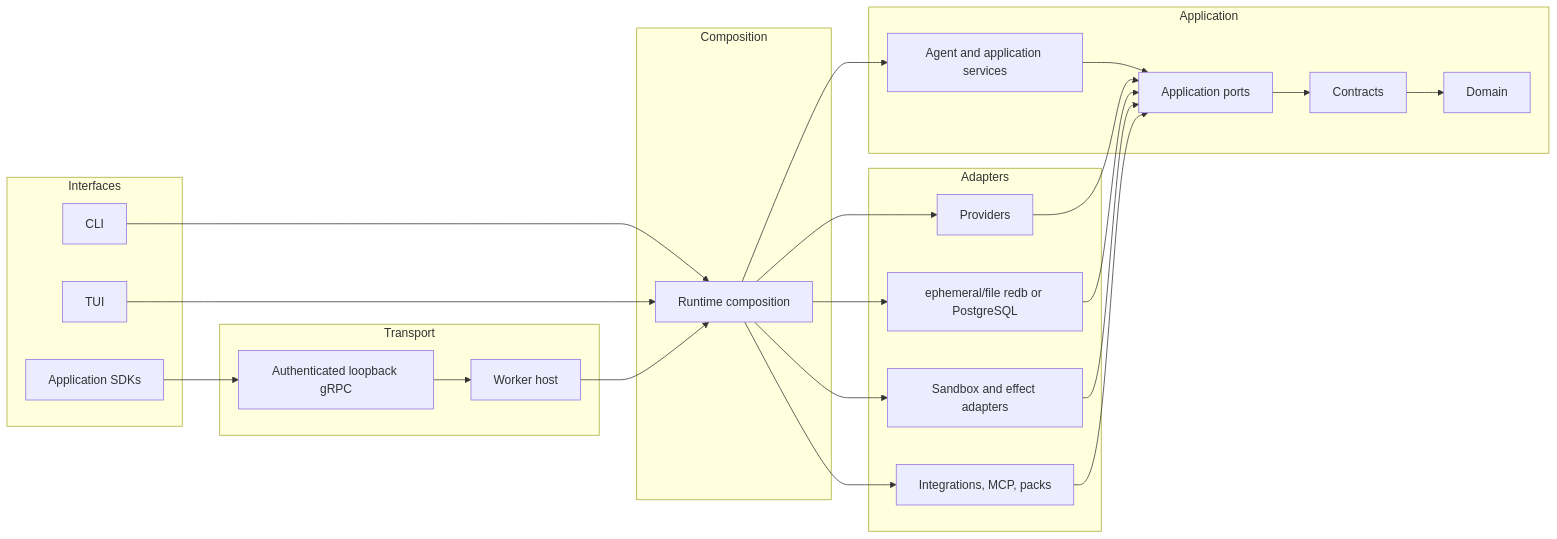
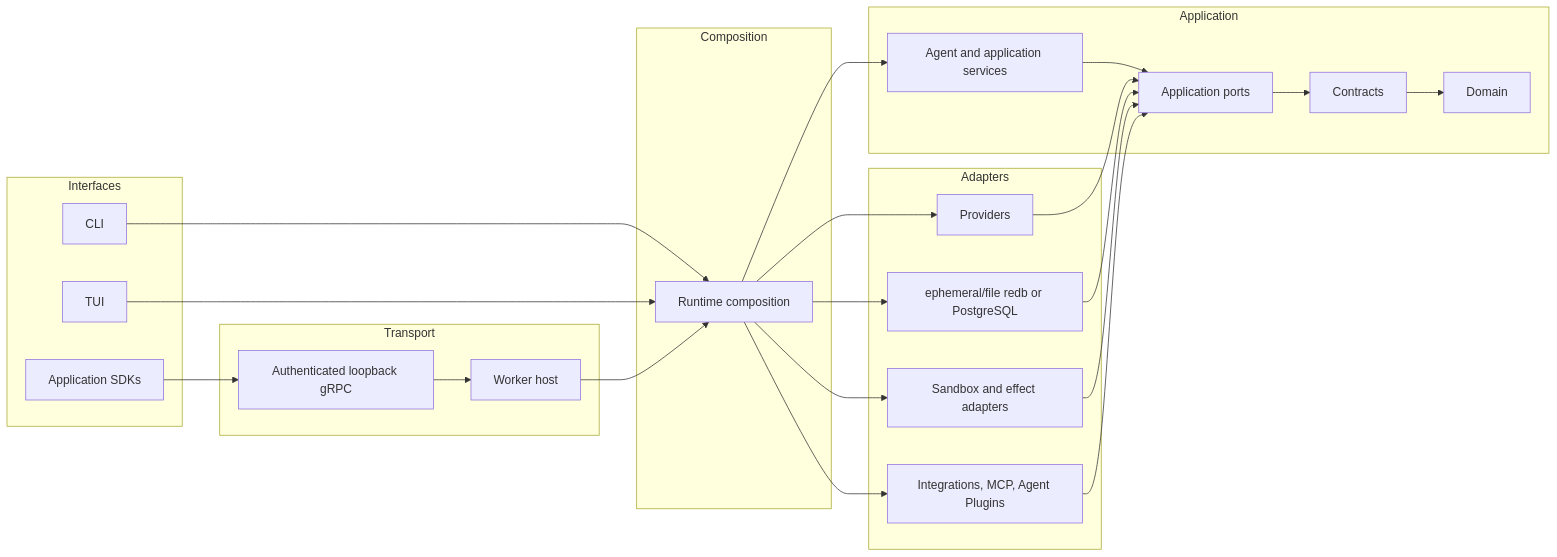
Before and after one commit to obscuritylabs/Colossus: the diagram in docs/develop/architecture.md, drawn with Mermaid. The commit also changed other lines of this file and 389 other files, not shown here.

````diff
--- a/docs/develop/architecture.md
+++ b/docs/develop/architecture.md
@@ -16,45 +16,45 @@
 ```mermaid
 flowchart LR
     subgraph Interfaces
       CLI["CLI"]
       TUI["TUI"]
       SDK["Application SDKs"]
     end
     subgraph Transport
       GRPC["Authenticated loopback gRPC"]
       Worker["Worker host"]
     end
     subgraph Composition
       Runtime["Runtime composition"]
     end
     subgraph Application
       Agent["Agent and application services"]
       Ports["Application ports"]
       Contracts["Contracts"]
       Domain["Domain"]
     end
     subgraph Adapters
       Provider["Providers"]
       Journal["ephemeral/file redb or PostgreSQL"]
       Sandbox["Sandbox and effect adapters"]
-      Extensions["Integrations, MCP, packs"]
+      Extensions["Integrations, MCP, Agent Plugins"]
     end
 
     CLI --> Runtime
     TUI --> Runtime
     SDK --> GRPC
     GRPC --> Worker
     Worker --> Runtime
     Runtime --> Agent
     Agent --> Ports
     Ports --> Contracts
     Contracts --> Domain
     Runtime --> Provider
     Runtime --> Journal
     Runtime --> Sandbox
     Runtime --> Extensions
     Provider --> Ports
     Journal --> Ports
     Sandbox --> Ports
     Extensions --> Ports
 ```
````
